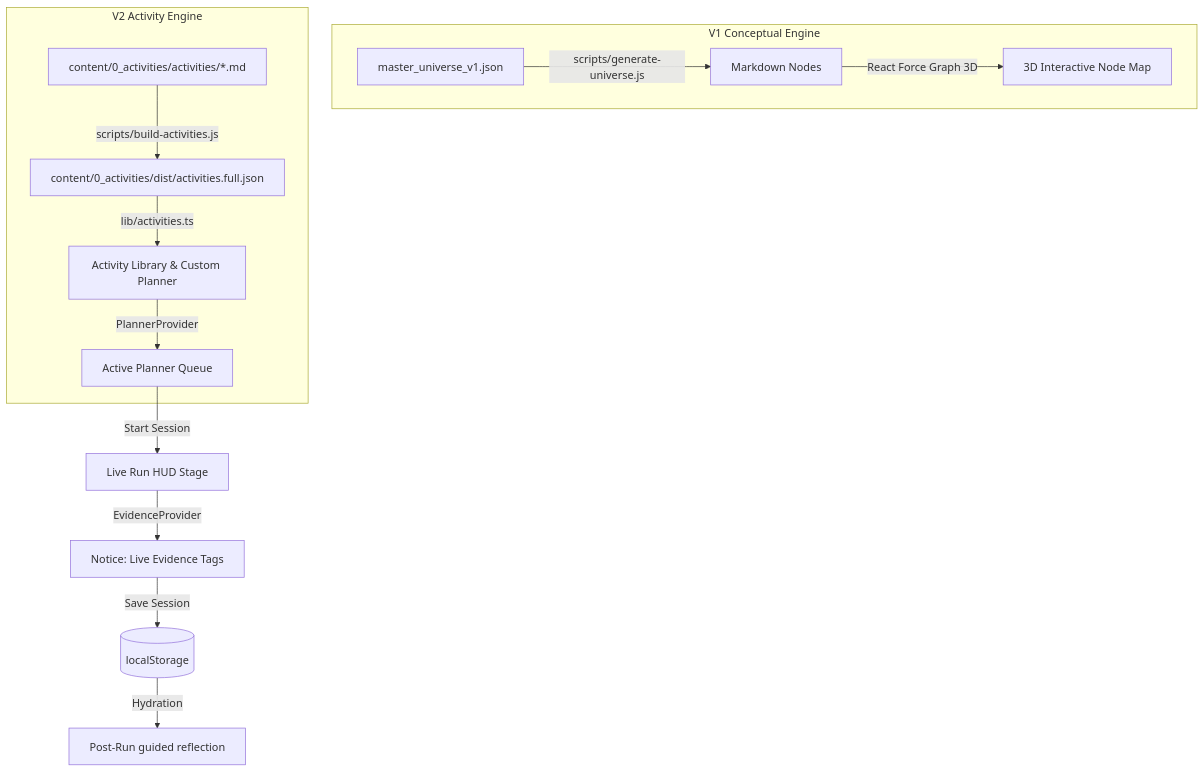
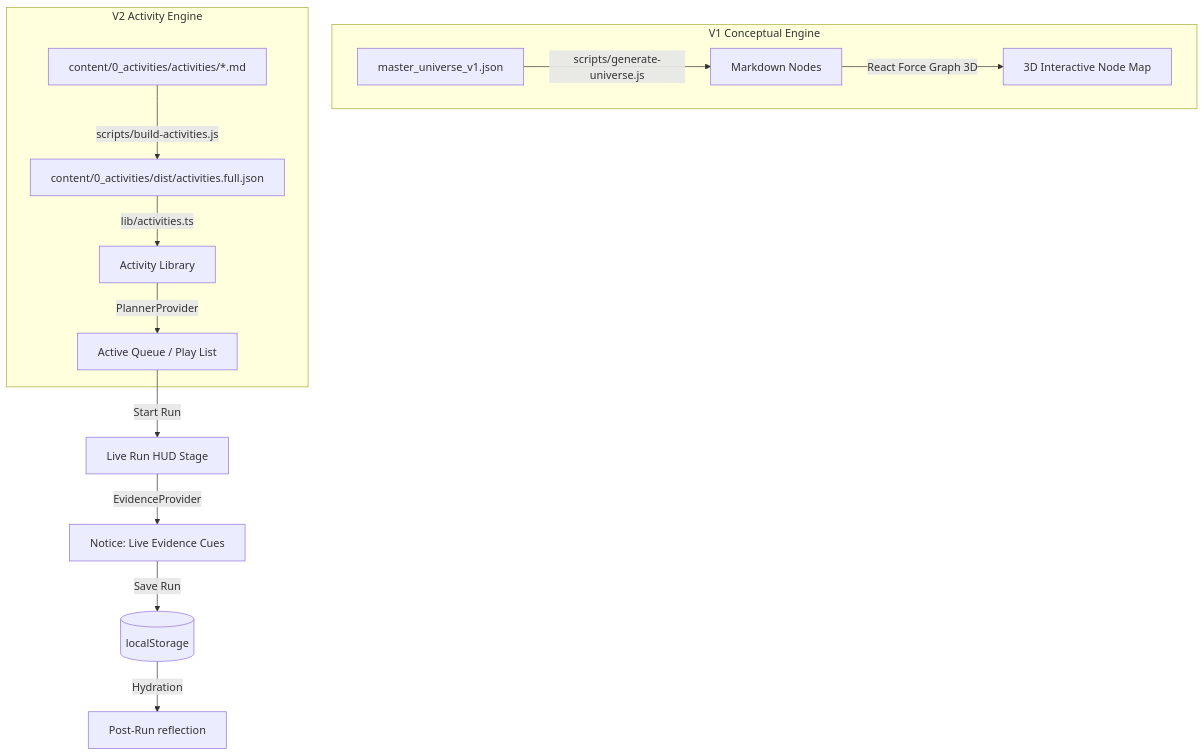
Before and after one commit to tharune4ir/curiosity-os: the diagram in SOURCE_OF_TRUTH.md, drawn with Mermaid. The commit also changed other lines of this file and 8 other files, not shown here.

Commit message:
chore: migrate project to new account and finalize master architecture

````diff
--- a/SOURCE_OF_TRUTH.md
+++ b/SOURCE_OF_TRUTH.md
@@ -120,18 +120,18 @@
 ```mermaid
 graph TD
-    subgraph Legacy V1 Neural Engine [V1 Conceptual Engine]
+    subgraph Universe 3D Engine [V1 Conceptual Engine]
         UniverseJSON[master_universe_v1.json] --> |scripts/generate-universe.js| UniverseMD[Markdown Nodes]
         UniverseMD --> |React Force Graph 3D| Universe3D[3D Interactive Node Map]
     end
 
-    subgraph V2 Operational Workflow [V2 Activity Engine]
+    subgraph Operational Workflow [V2 Activity Engine]
         MD_Activities[content/0_activities/activities/*.md] --> |scripts/build-activities.js| DistJSON[content/0_activities/dist/activities.full.json]
-        DistJSON --> |lib/activities.ts| ActivityLibrary[Activity Library & Custom Planner]
-        ActivityLibrary --> |PlannerProvider| ActiveQueue[Active Planner Queue]
+        DistJSON --> |lib/activities.ts| ActivityLibrary[Activity Library]
+        ActivityLibrary --> |PlannerProvider| ActiveQueue[Active Queue / Play List]
     end
 
-    ActiveQueue --> |Start Session| LiveRun[Live Run HUD Stage]
-    LiveRun --> |EvidenceProvider| LiveNotice[Notice: Live Evidence Tags]
-    LiveNotice --> |Save Session| LocalStore[(localStorage)]
-    LocalStore --> |Hydration| GuidedReflect[Post-Run guided reflection]
+    ActiveQueue --> |Start Run| LiveRun[Live Run HUD Stage]
+    LiveRun --> |EvidenceProvider| LiveNotice[Notice: Live Evidence Cues]
+    LiveNotice --> |Save Run| LocalStore[(localStorage)]
+    LocalStore --> |Hydration| GuidedReflect[Post-Run reflection]
 ```
````
